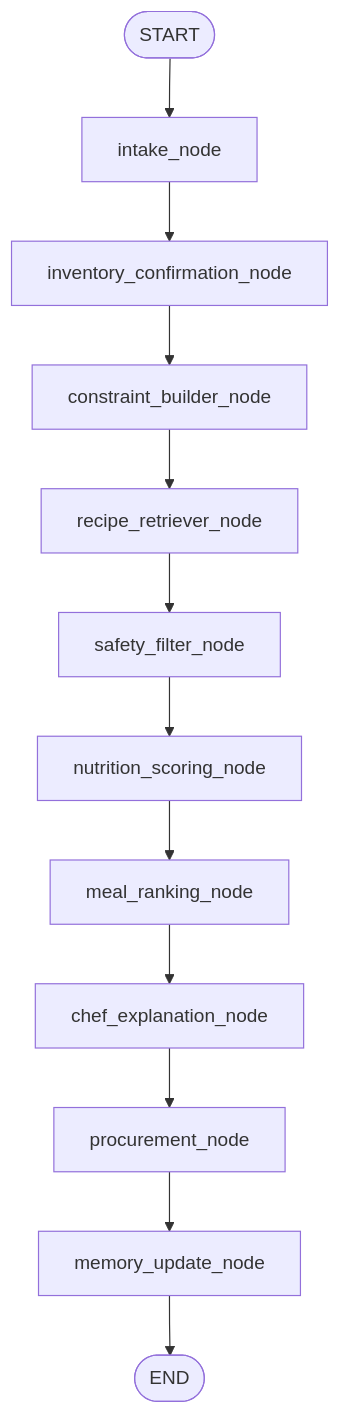
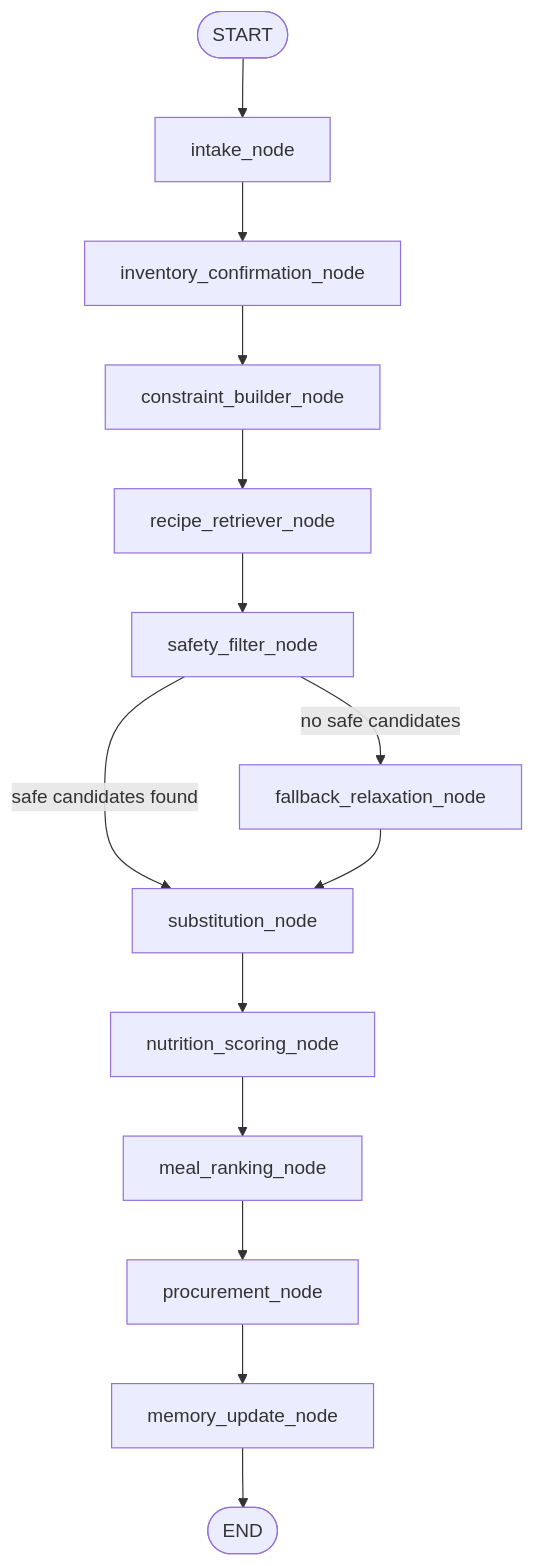
Before and after one commit to Dipesh-Lc/macroChef-agent: the diagram in README.md, drawn with Mermaid. The commit also changed other lines of this file, not shown here.

````diff
--- a/README.md
+++ b/README.md
@@ -159,14 +212,16 @@
 ```mermaid
 flowchart TD
     START([START]) --> A[intake_node]
     A --> B[inventory_confirmation_node]
     B --> C[constraint_builder_node]
     C --> D[recipe_retriever_node]
     D --> E[safety_filter_node]
-    E --> F[nutrition_scoring_node]
-    F --> G[meal_ranking_node]
-    G --> H[chef_explanation_node]
-    H --> I[procurement_node]
-    I --> J[memory_update_node]
-    J --> END([END])
+    E -->|no safe candidates| F[fallback_relaxation_node]
+    E -->|safe candidates found| G[substitution_node]
+    F --> G
+    G --> H[nutrition_scoring_node]
+    H --> I[meal_ranking_node]
+    I --> J[procurement_node]
+    J --> K[memory_update_node]
+    K --> END([END])
 ```
````
